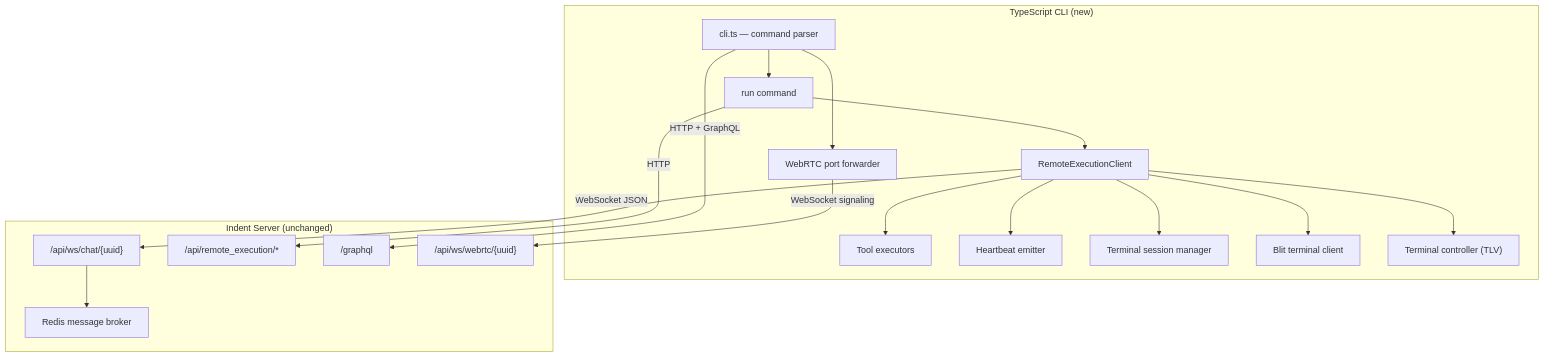
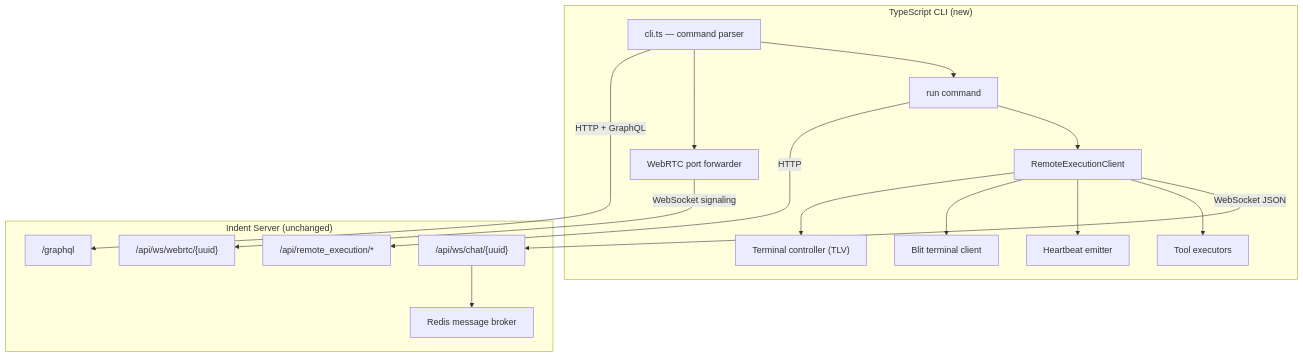
The first of 4 diagrams in docs/specs/cli.md (indent-com/blit), drawn with Mermaid before and after one commit. The commit also changed other lines of this file, not shown here.

````diff
--- a/docs/specs/cli.md
+++ b/docs/specs/cli.md
@@ -84,36 +82,34 @@
 ```mermaid
 graph TD
     subgraph "TypeScript CLI (new)"
         CLI["cli.ts — command parser"]
         RUN["run command"]
         REC["RemoteExecutionClient"]
         TOOLS["Tool executors"]
         HEART["Heartbeat emitter"]
-        TERM["Terminal session manager"]
         BLIT["Blit terminal client"]
         TCTL["Terminal controller (TLV)"]
         WEBRTC["WebRTC port forwarder"]
     end
 
     subgraph "Indent Server (unchanged)"
         WS["/api/ws/chat/{uuid}"]
         REST["/api/remote_execution/*"]
         GQL["/graphql"]
         SIG["/api/ws/webrtc/{uuid}"]
         REDIS["Redis message broker"]
     end
 
     CLI --> RUN
     RUN --> REC
     REC -->|WebSocket JSON| WS
     REC --> TOOLS
     REC --> HEART
-    REC --> TERM
     REC --> BLIT
     REC --> TCTL
     CLI --> WEBRTC
     WEBRTC -->|WebSocket signaling| SIG
     RUN -->|HTTP| REST
     CLI -->|HTTP + GraphQL| GQL
     WS --> REDIS
 ```
````
